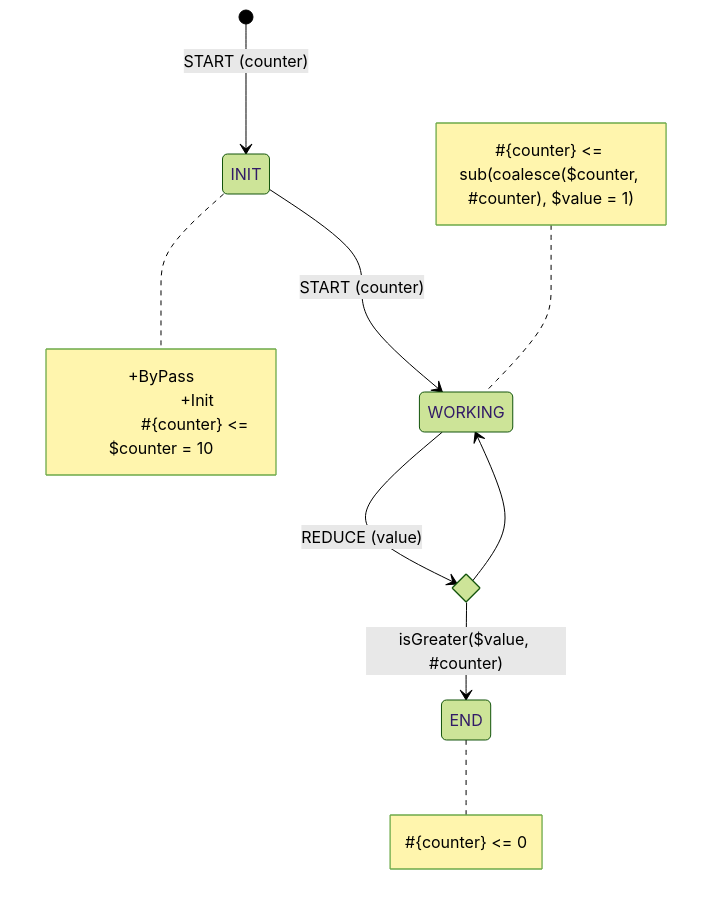
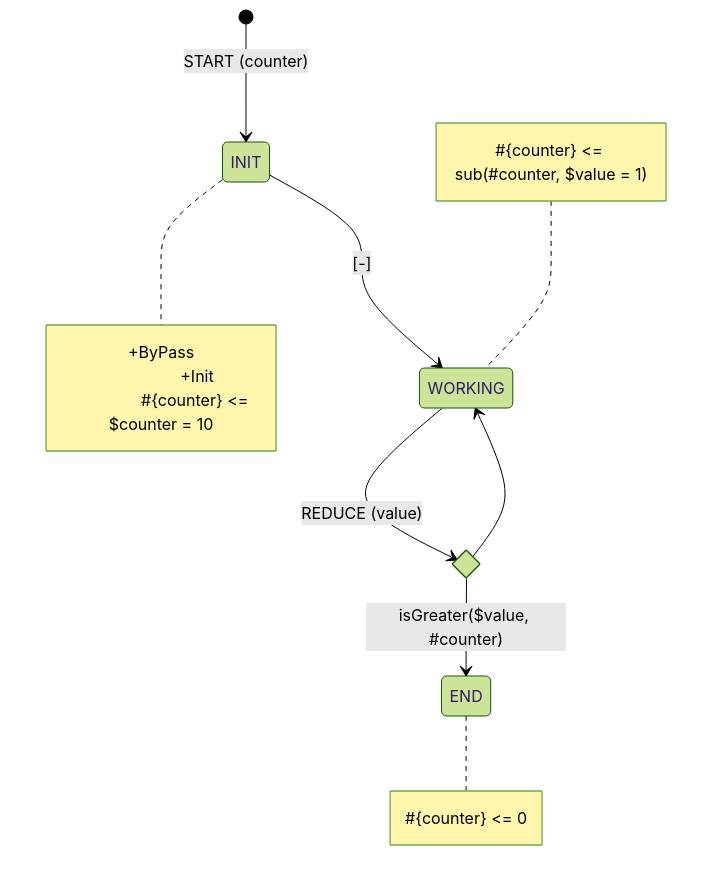
One commit to tfcp68/yantrix changed the sixth of 7 diagrams in docs/syntax/100_data_objects.md. Above: the diagram before and after it, drawn with Mermaid (forest theme). The commit also changed 2 other files, not shown here.

````diff
--- a/docs/syntax/100_data_objects.md
+++ b/docs/syntax/100_data_objects.md
@@ -124,21 +124,21 @@
 ```mermaid
 stateDiagram-v2
 	direction TB
 	[*] --> INIT: START (counter)
-	INIT --> WORKING: START (counter)
+	INIT --> WORKING: [-]
 	state isFinished <<choice>>
 	WORKING --> isFinished: REDUCE (value)
 	isFinished --> END: isGreater($value, #counter)
 	isFinished --> WORKING
 	note right of INIT
 		+ByPass
 		+Init
 		#{counter} <= $counter = 10
 	end note
 	note left of WORKING
-		#{counter} <= sub(coalesce($counter, #counter), $value = 1)
+		#{counter} <= sub(#counter, $value = 1)
 	end note
 	note right of END
 		#{counter} <= 0
 	end note
 ```
````
